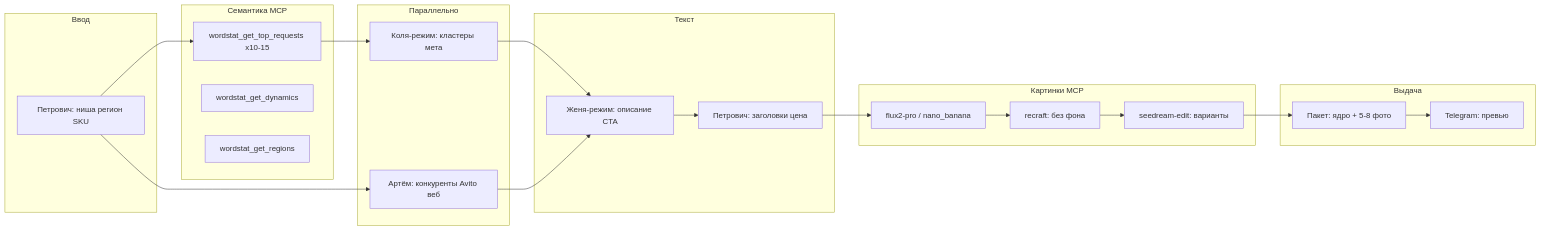
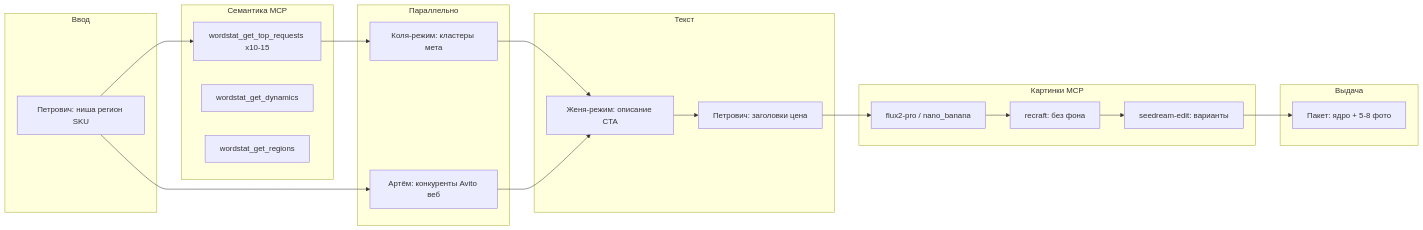
The diagram in .cursor/agents/director-avito.md (AndreyNF/MyFirstProject), drawn with Mermaid before and after one commit. The commit also changed other lines of this file and 5 other files, not shown here.

````diff
--- a/.cursor/agents/director-avito.md
+++ b/.cursor/agents/director-avito.md
@@ -23,39 +23,37 @@
 ```mermaid
 flowchart LR
   subgraph input [Ввод]
     P[Петрович: ниша регион SKU]
   end
   subgraph semantic [Семантика MCP]
     W[wordstat_get_top_requests x10-15]
     D[wordstat_get_dynamics]
     R[wordstat_get_regions]
   end
   subgraph parallel [Параллельно]
     A[Артём: конкуренты Avito веб]
     K[Коля-режим: кластеры мета]
   end
   subgraph copy [Текст]
     Z[Женя-режим: описание CTA]
     Pet[Петрович: заголовки цена]
   end
   subgraph visual [Картинки MCP]
     I1[flux2-pro / nano_banana]
     I2[recraft: без фона]
     I3[seedream-edit: варианты]
   end
   subgraph out [Выдача]
-    T[Telegram: превью]
     Pack[Пакет: ядро + 5-8 фото]
   end
   P --> W
   W --> K
   P --> A
   K --> Z
   A --> Z
   Z --> Pet
   Pet --> I1
   I1 --> I2
   I2 --> I3
   I3 --> Pack
-  Pack --> T
 ```
````
